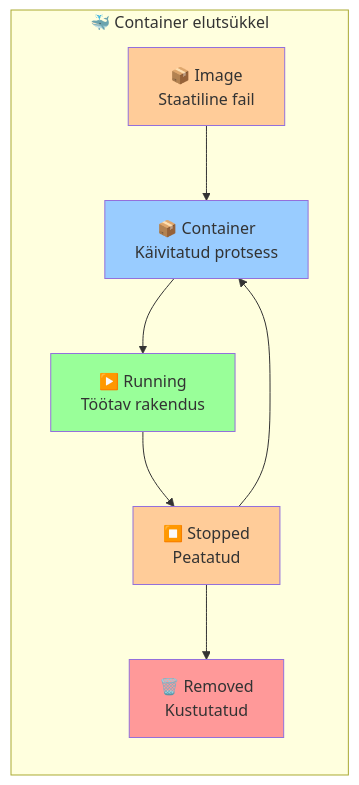
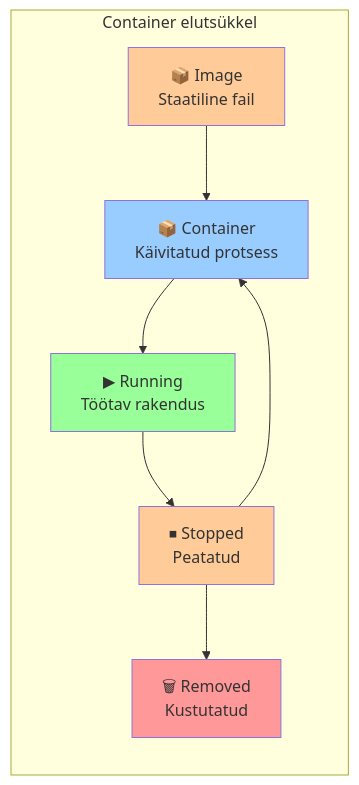
One commit to mtalvik/automation changed diagram 13 of 17 in docs/docker_orchestration/lecture.md. Above: the diagram before and after it, drawn with Mermaid. The commit also changed other lines of this file and 168 other files, not shown here.

````diff
--- a/docs/docker_orchestration/lecture.md
+++ b/docs/docker_orchestration/lecture.md
@@ -649,22 +649,22 @@
 ```mermaid
 graph LR
-    subgraph "🐳 Container elutsükkel"
+    subgraph " Container elutsükkel"
         Image[📦 Image<br/>Staatiline fail]
         Container[📦 Container<br/>Käivitatud protsess]
-        Running[▶️ Running<br/>Töötav rakendus]
-        Stopped[⏹️ Stopped<br/>Peatatud]
-        Removed[🗑️ Removed<br/>Kustutatud]
+        Running[▶ Running<br/>Töötav rakendus]
+        Stopped[⏹ Stopped<br/>Peatatud]
+        Removed[🗑 Removed<br/>Kustutatud]
     end
     
     Image --> Container
     Container --> Running
     Running --> Stopped
     Stopped --> Container
     Stopped --> Removed
     
     style Image fill:#ffcc99
     style Container fill:#99ccff
     style Running fill:#99ff99
     style Stopped fill:#ffcc99
     style Removed fill:#ff9999
 ```
````
